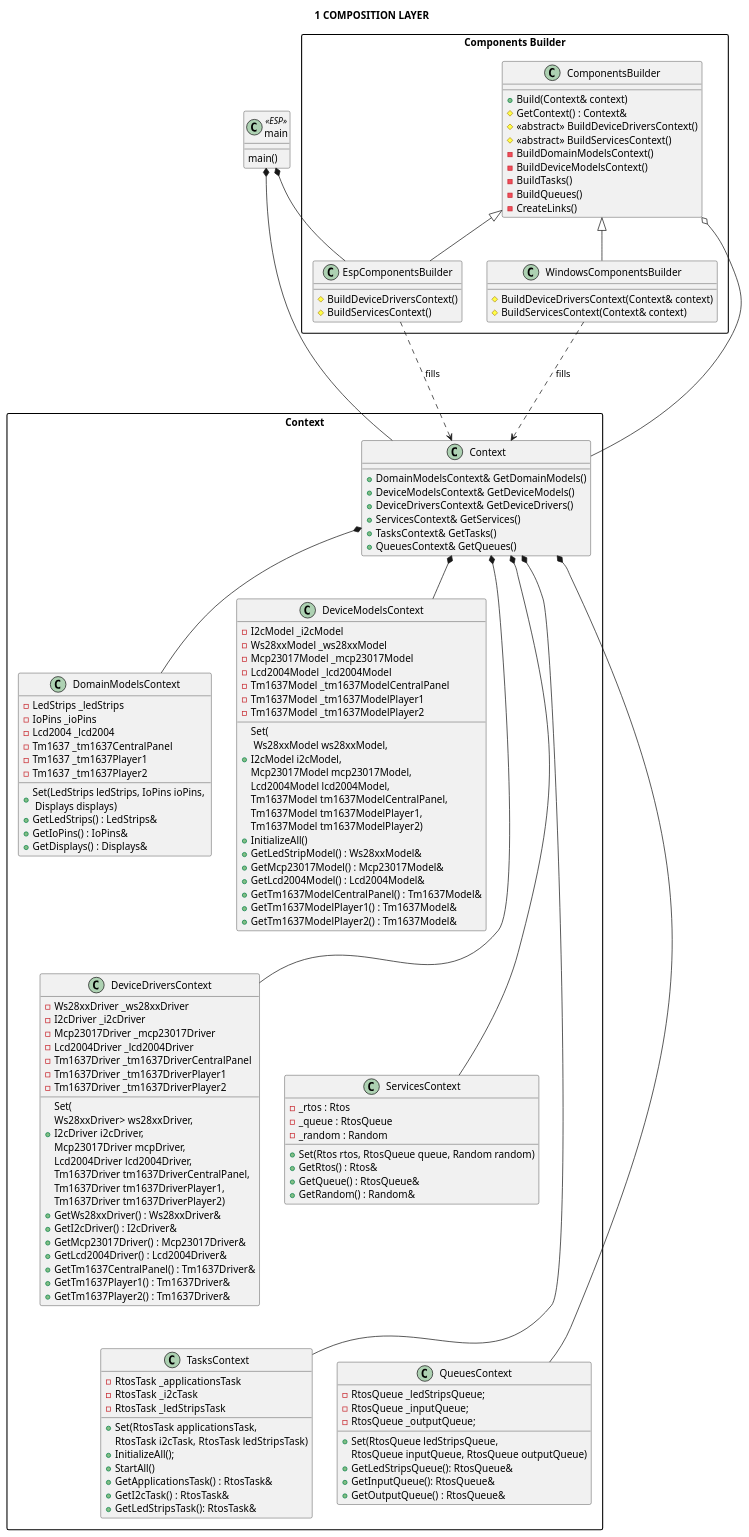
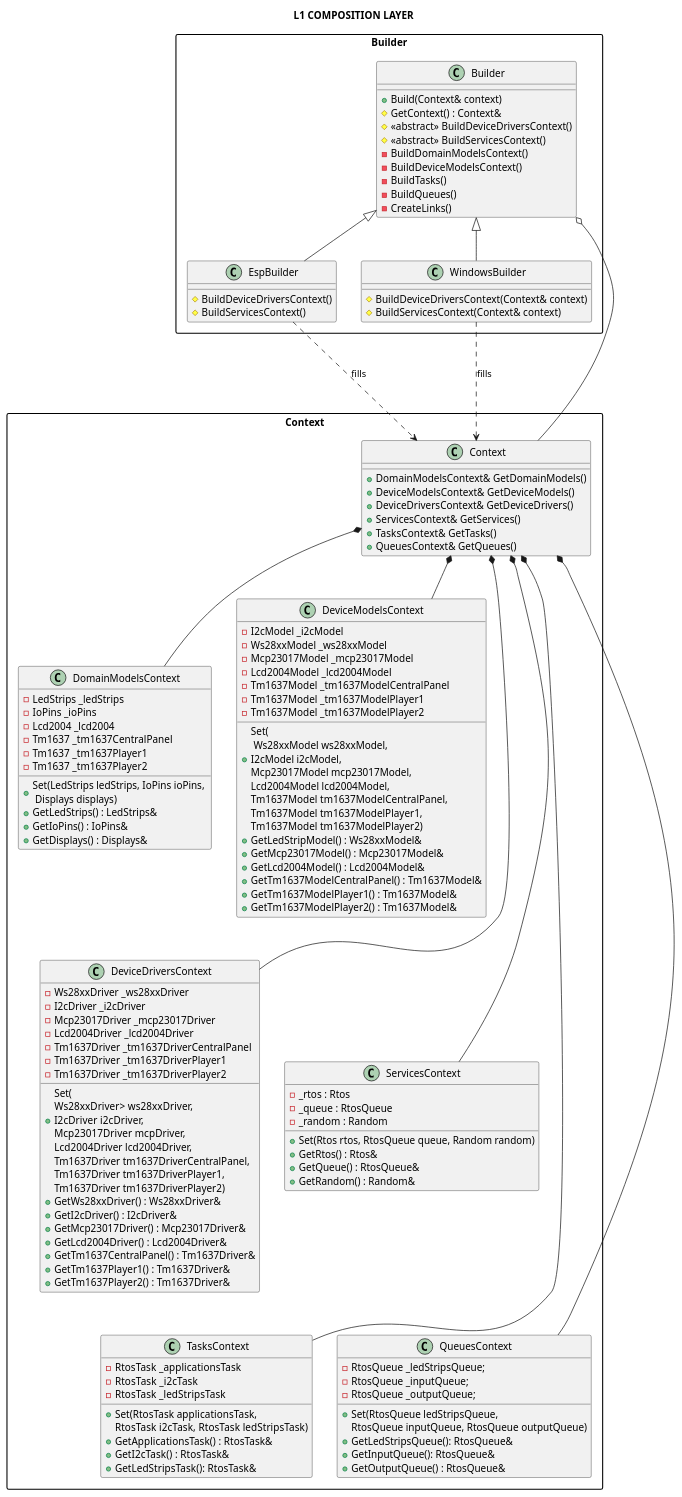
Before and after one commit to michelkeijzers/fraxis: the diagram in Docs/Software Design/Layers/L1_composition_layer.puml, drawn with PlantUML. The commit also changed 122 other files, not shown here.

```diff
--- a/Docs/Software Design/Layers/L1_composition_layer.puml
+++ b/Docs/Software Design/Layers/L1_composition_layer.puml
@@ -1,164 +1,153 @@
 @startuml
 
-title 1 COMPOSITION LAYER
+title L1 COMPOSITION LAYER
 
 skinparam packageStyle rectangle
 skinparam lineThickness 2
 
-class main <<ESP>>
+package "Builder" as Builder_Package
 {
-    main()
-}
-
-package "Components Builder" as ComponentsBuilder_Package
-{
-    class ComponentsBuilder
+    class Builder
     {
         + Build(Context& context)
         # GetContext() : Context&
         # <<abstract>> BuildDeviceDriversContext()
         # <<abstract>> BuildServicesContext() 
         - BuildDomainModelsContext()
         - BuildDeviceModelsContext()
         - BuildTasks()
         - BuildQueues()
         - CreateLinks()
     }
 
-    class EspComponentsBuilder
+    class EspBuilder
     {
         # BuildDeviceDriversContext()
         # BuildServicesContext() 
     }
-    EspComponentsBuilder -u-|> ComponentsBuilder
+    EspBuilder -u-|> Builder
 
-    class WindowsComponentsBuilder
+    class WindowsBuilder
     {
         # BuildDeviceDriversContext(Context& context)
         # BuildServicesContext(Context& context) 
     }
-    WindowsComponentsBuilder -u-|> ComponentsBuilder
-
-    main *-- EspComponentsBuilder
+    WindowsBuilder -u-|> Builder
 }
 
 package "Context" as ContextPackage
 {
     class Context 
     {
         + DomainModelsContext& GetDomainModels()
         + DeviceModelsContext& GetDeviceModels()
         + DeviceDriversContext& GetDeviceDrivers() 
         + ServicesContext& GetServices() 
         + TasksContext& GetTasks()
         + QueuesContext& GetQueues()
     }
 
     class DomainModelsContext
     {
         + Set(LedStrips ledStrips, IoPins ioPins, \n Displays displays)
         + GetLedStrips() : LedStrips& 
         + GetIoPins() : IoPins& 
         + GetDisplays() : Displays& 
 
         - LedStrips _ledStrips
         - IoPins _ioPins
         - Lcd2004 _lcd2004
         - Tm1637 _tm1637CentralPanel
         - Tm1637 _tm1637Player1
         - Tm1637 _tm1637Player2
     }
 
     class DeviceModelsContext
     {
         + Set(\n Ws28xxModel ws28xxModel,\nI2cModel i2cModel,\nMcp23017Model mcp23017Model,\nLcd2004Model lcd2004Model,
             Tm1637Model tm1637ModelCentralPanel,\nTm1637Model tm1637ModelPlayer1,\nTm1637Model tm1637ModelPlayer2)
-        + InitializeAll()
         + GetLedStripModel() : Ws28xxModel& 
         + GetMcp23017Model() : Mcp23017Model& 
         + GetLcd2004Model() : Lcd2004Model& 
         + GetTm1637ModelCentralPanel() : Tm1637Model& 
         + GetTm1637ModelPlayer1() : Tm1637Model& 
         + GetTm1637ModelPlayer2() : Tm1637Model& 
         - I2cModel _i2cModel
         - Ws28xxModel _ws28xxModel
         - Mcp23017Model _mcp23017Model
         - Lcd2004Model _lcd2004Model
         - Tm1637Model _tm1637ModelCentralPanel
         - Tm1637Model _tm1637ModelPlayer1
         - Tm1637Model _tm1637ModelPlayer2
     }
     
     class DeviceDriversContext
     {
 
         + Set(\nWs28xxDriver> ws28xxDriver,\nI2cDriver i2cDriver,\nMcp23017Driver mcpDriver,\nLcd2004Driver lcd2004Driver,
             Tm1637Driver tm1637DriverCentralPanel,\nTm1637Driver tm1637DriverPlayer1,\nTm1637Driver tm1637DriverPlayer2)
         + GetWs28xxDriver() : Ws28xxDriver& 
         + GetI2cDriver() : I2cDriver& 
         + GetMcp23017Driver() : Mcp23017Driver& 
         + GetLcd2004Driver() : Lcd2004Driver& 
         + GetTm1637CentralPanel() : Tm1637Driver& 
         + GetTm1637Player1() : Tm1637Driver& 
         + GetTm1637Player2() : Tm1637Driver& 
 
         - Ws28xxDriver _ws28xxDriver
         - I2cDriver _i2cDriver
         - Mcp23017Driver _mcp23017Driver
         - Lcd2004Driver _lcd2004Driver
         - Tm1637Driver _tm1637DriverCentralPanel
         - Tm1637Driver _tm1637DriverPlayer1
         - Tm1637Driver _tm1637DriverPlayer2
     }
 
     class ServicesContext
     {
         + Set(Rtos rtos, RtosQueue queue, Random random)
         + GetRtos() : Rtos& 
         + GetQueue() : RtosQueue& 
         + GetRandom() : Random& 
         - _rtos : Rtos 
         - _queue : RtosQueue 
         - _random : Random 
     }
 
     class TasksContext
     {
         + Set(RtosTask applicationsTask, 
             RtosTask i2cTask, RtosTask ledStripsTask)
-        + InitializeAll();
-        + StartAll()
         + GetApplicationsTask() : RtosTask& 
         + GetI2cTask() : RtosTask& 
         + GetLedStripsTask(): RtosTask& 
         - RtosTask _applicationsTask
         - RtosTask _i2cTask
         - RtosTask _ledStripsTask
     }
 
     class QueuesContext
     {
         + Set(RtosQueue ledStripsQueue, 
             RtosQueue inputQueue, RtosQueue outputQueue)
         + GetLedStripsQueue(): RtosQueue& 
         + GetInputQueue(): RtosQueue& 
         + GetOutputQueue() : RtosQueue& 
         - RtosQueue _ledStripsQueue;
         - RtosQueue _inputQueue;
         - RtosQueue _outputQueue;
     }
 
     Context *-- DomainModelsContext
     Context *-- DeviceModelsContext
     Context *--- DeviceDriversContext
     Context *--- ServicesContext
     Context *---- TasksContext
     Context *---- QueuesContext
 }
 
-main *- Context
-ComponentsBuilder o-- Context
-EspComponentsBuilder ..-> Context : fills
-WindowsComponentsBuilder ..-> Context : fills
+Builder o-- Context
+EspBuilder ..-> Context : fills
+WindowsBuilder ..-> Context : fills
 
 @enduml
```
